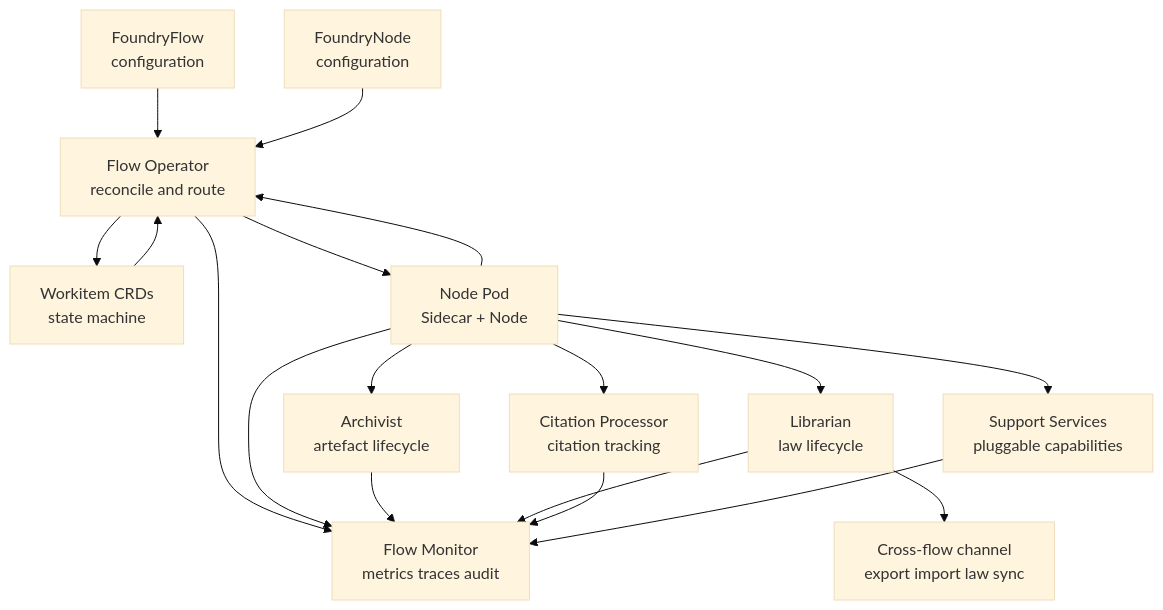
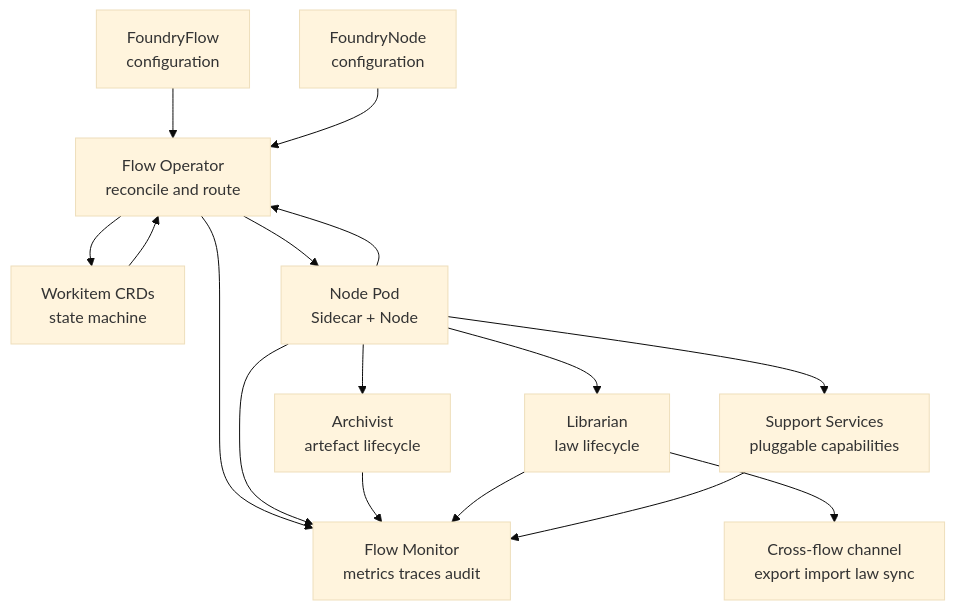
The first of 3 diagrams in 02-flow/00-overview.md (really-knows-ai/gideas), drawn with Mermaid (base theme) before and after one commit. The commit also changed 13 other files, not shown here.

Commit message:
Refactor governance documentation to replace 'Citation Processor' with 'Flow Monitor' and update references to friction thresholds for law promotion and review hearings.

````diff
--- a/02-flow/00-overview.md
+++ b/02-flow/00-overview.md
@@ -18,27 +18,25 @@
 ```mermaid
 flowchart TD
     FF["FoundryFlow<br/>configuration"] --> OP["Flow Operator<br/>reconcile and route"]
     FN["FoundryNode<br/>configuration"] --> OP
 
     OP --> WI["Workitem CRDs<br/>state machine"]
     WI --> OP
 
     OP --> SC["Node Pod<br/>Sidecar + Node"]
     SC --> OP
 
     SC --> AR["Archivist<br/>artefact lifecycle"]
     SC --> LB["Librarian<br/>law lifecycle"]
-    SC --> CP["Citation Processor<br/>citation tracking"]
 
     SC --> SS["Support Services<br/>pluggable capabilities"]
 
     OP --> FM["Flow Monitor<br/>metrics traces audit"]
     SC --> FM
     AR --> FM
     LB --> FM
-    CP --> FM
 
     SS --> FM
 
     LB --> XF["Cross-flow channel<br/>export import law sync"]
 ```
````
